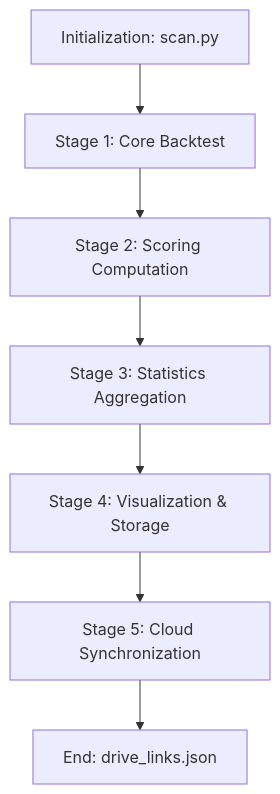
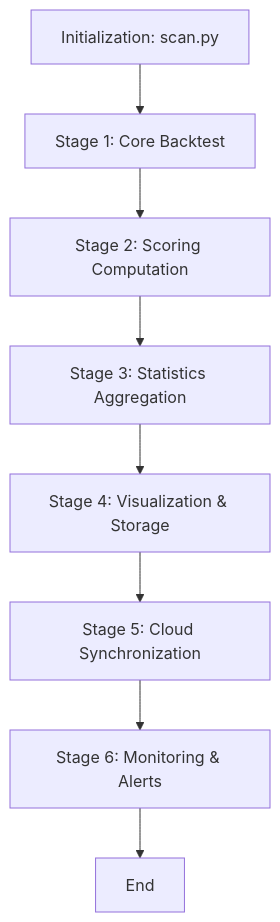
Before and after one commit to Thanhnt15/GigaAlpha: the diagram in docs/project_workflow.md, drawn with Mermaid. The commit also changed other lines of this file and 3 other files, not shown here.

Commit message:
docs: simplify monitoring descriptions and update architectural diagrams

````diff
--- a/docs/project_workflow.md
+++ b/docs/project_workflow.md
@@ -9,9 +9,10 @@
 ```mermaid
 graph TD
     A[Initialization: scan.py] --> B[Stage 1: Core Backtest]
     B --> C[Stage 2: Scoring Computation]
     C --> D[Stage 3: Statistics Aggregation]
     D --> E[Stage 4: Visualization & Storage]
     E --> F[Stage 5: Cloud Synchronization]
-    F --> G[End: drive_links.json]
+    F --> G[Stage 6: Monitoring & Alerts]
+    G --> H[End]
 ```
````
